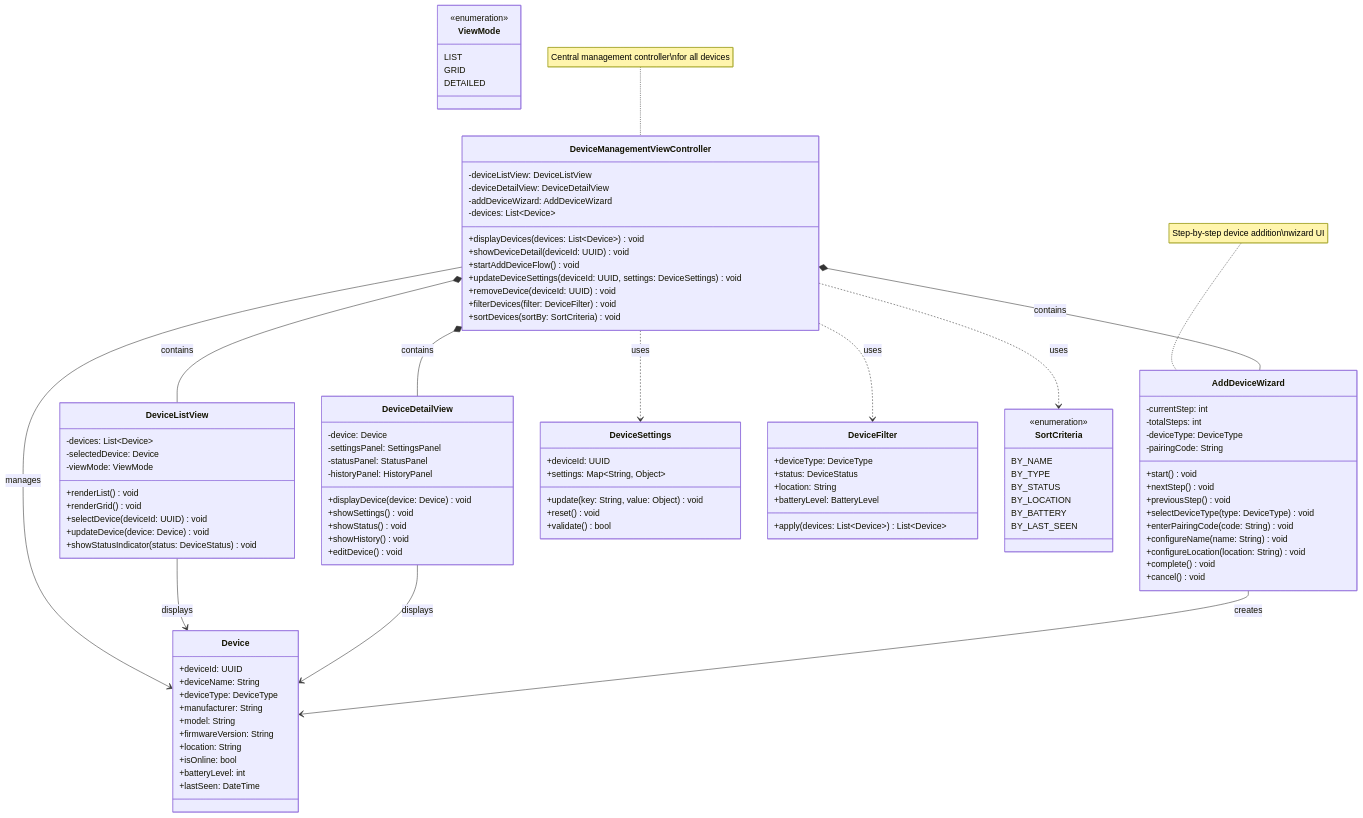
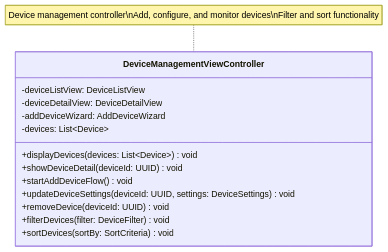
Before and after one commit to mj010101/swe_25f: the fifth of 11 diagrams in diagrams/presentation_class_diagram.md, drawn with Mermaid. The commit also changed other lines of this file and 1 other file, not shown here.

Commit message:
fix: presentation layer diagram

````diff
--- a/diagrams/presentation_class_diagram.md
+++ b/diagrams/presentation_class_diagram.md
@@ -467,5 +136,7 @@
 ```mermaid
 classDiagram
+    direction TB
+
     class DeviceManagementViewController {
         -deviceListView: DeviceListView
         -deviceDetailView: DeviceDetailView
@@ -480,102 +151,5 @@
         +sortDevices(sortBy: SortCriteria) void
     }
 
-    class DeviceListView {
-        -devices: List~Device~
-        -selectedDevice: Device
-        -viewMode: ViewMode
-        +renderList() void
-        +renderGrid() void
-        +selectDevice(deviceId: UUID) void
-        +updateDevice(device: Device) void
-        +showStatusIndicator(status: DeviceStatus) void
-    }
-
-    class DeviceDetailView {
-        -device: Device
-        -settingsPanel: SettingsPanel
-        -statusPanel: StatusPanel
-        -historyPanel: HistoryPanel
-        +displayDevice(device: Device) void
-        +showSettings() void
-        +showStatus() void
-        +showHistory() void
-        +editDevice() void
-    }
-
-    class AddDeviceWizard {
-        -currentStep: int
-        -totalSteps: int
-        -deviceType: DeviceType
-        -pairingCode: String
-        +start() void
-        +nextStep() void
-        +previousStep() void
-        +selectDeviceType(type: DeviceType) void
-        +enterPairingCode(code: String) void
-        +configureName(name: String) void
-        +configureLocation(location: String) void
-        +complete() void
-        +cancel() void
-    }
-
-    class Device {
-        +deviceId: UUID
-        +deviceName: String
-        +deviceType: DeviceType
-        +manufacturer: String
-        +model: String
-        +firmwareVersion: String
-        +location: String
-        +isOnline: bool
-        +batteryLevel: int
-        +lastSeen: DateTime
-    }
-
-    class DeviceSettings {
-        +deviceId: UUID
-        +settings: Map~String, Object~
-        +update(key: String, value: Object) void
-        +reset() void
-        +validate() bool
-    }
-
-    class DeviceFilter {
-        +deviceType: DeviceType
-        +status: DeviceStatus
-        +location: String
-        +batteryLevel: BatteryLevel
-        +apply(devices: List~Device~) List~Device~
-    }
-
-    class SortCriteria {
-        <<enumeration>>
-        BY_NAME
-        BY_TYPE
-        BY_STATUS
-        BY_LOCATION
-        BY_BATTERY
-        BY_LAST_SEEN
-    }
-
-    class ViewMode {
-        <<enumeration>>
-        LIST
-        GRID
-        DETAILED
-    }
-
-    DeviceManagementViewController *-- DeviceListView : contains
-    DeviceManagementViewController *-- DeviceDetailView : contains
-    DeviceManagementViewController *-- AddDeviceWizard : contains
-    DeviceManagementViewController --> Device : manages
-    DeviceListView --> Device : displays
-    DeviceDetailView --> Device : displays
-    AddDeviceWizard --> Device : creates
-    DeviceManagementViewController ..> DeviceSettings : uses
-    DeviceManagementViewController ..> DeviceFilter : uses
-    DeviceManagementViewController ..> SortCriteria : uses
-
-    note for DeviceManagementViewController "Central management controller\nfor all devices"
-    note for AddDeviceWizard "Step-by-step device addition\nwizard UI"
+    note for DeviceManagementViewController "Device management controller\nAdd, configure, and monitor devices\nFilter and sort functionality"
 ```
````
